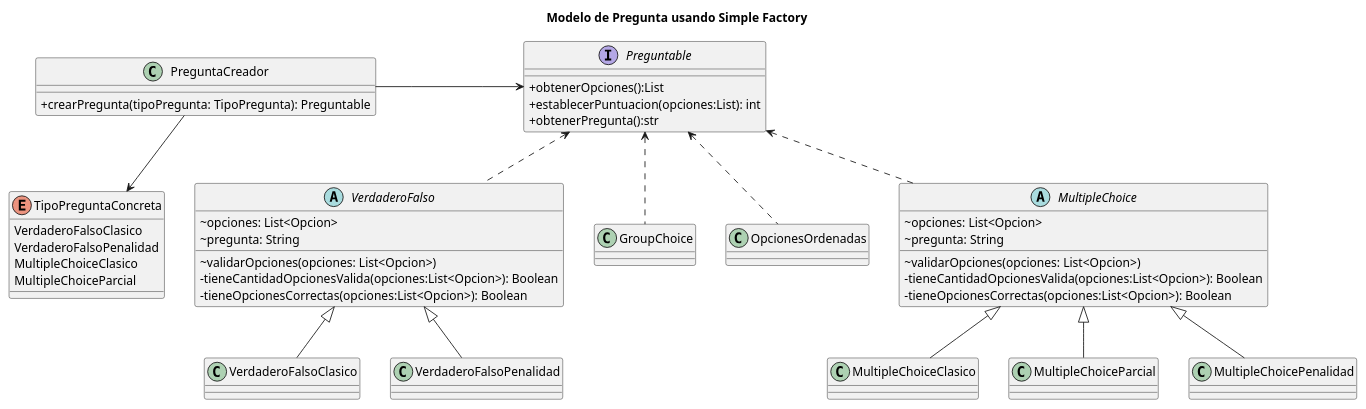
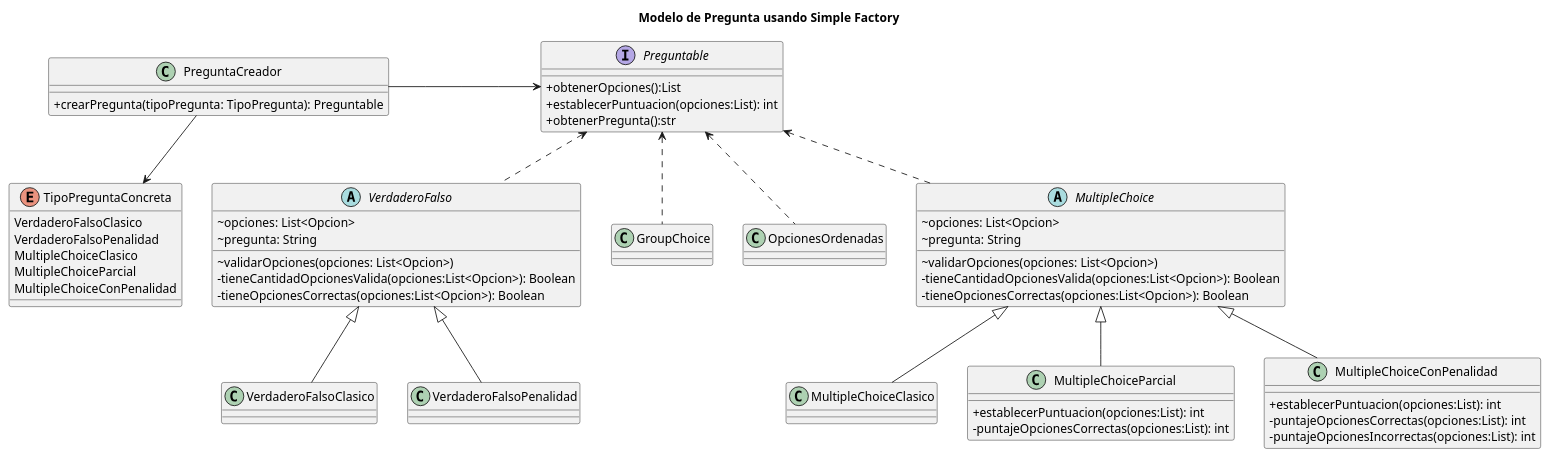
One commit to gylopezgiles/TP2 changed the diagram in doc/Diagramas/Diagramas_Clase/pregunta/pregunta.plantuml. Above: the diagram before and after it, drawn with PlantUML. The commit also changed other lines of this file, not shown here.

Commit message:
actualizo diagrama de clase

```diff
--- a/doc/Diagramas/Diagramas_Clase/pregunta/pregunta.plantuml
+++ b/doc/Diagramas/Diagramas_Clase/pregunta/pregunta.plantuml
@@ -2,85 +1,89 @@
 @startuml
 title Modelo de Pregunta usando Simple Factory
 skinparam classAttributeIconSize 0
 
 class PreguntaCreador{
     + crearPregunta(tipoPregunta: TipoPregunta): Preguntable
 }
 
 interface Preguntable{
     + obtenerOpciones():List
     + establecerPuntuacion(opciones:List): int
     + obtenerPregunta():str
 }
 
 enum TipoPreguntaConcreta{
     VerdaderoFalsoClasico
     VerdaderoFalsoPenalidad
     MultipleChoiceClasico
     MultipleChoiceParcial
+    MultipleChoiceConPenalidad
 }
 
 abstract class VerdaderoFalso{
     ~ opciones: List<Opcion>
     ~ pregunta: String
     ~ validarOpciones(opciones: List<Opcion>)
     - tieneCantidadOpcionesValida(opciones:List<Opcion>): Boolean
     - tieneOpcionesCorrectas(opciones:List<Opcion>): Boolean
 }
 
 ' sin penalidad
 class VerdaderoFalsoClasico{
 }
 
 class MultipleChoiceClasico{
 
 }
 
 class MultipleChoiceParcial{
-    
+    + establecerPuntuacion(opciones:List): int
+    - puntajeOpcionesCorrectas(opciones:List): int
 }
 
 ' con penalidad
 class VerdaderoFalsoPenalidad{
 }
 
-class MultipleChoicePenalidad{
+class MultipleChoiceConPenalidad{
+    + establecerPuntuacion(opciones:List): int
+    - puntajeOpcionesCorrectas(opciones:List): int
+    - puntajeOpcionesIncorrectas(opciones:List): int
 }
 
 
 ' Especiales
 class GroupChoice{
 }
 
 class OpcionesOrdenadas{
 }
 
 abstract class MultipleChoice{
     ~ opciones: List<Opcion>
     ~ pregunta: String
     ~ validarOpciones(opciones: List<Opcion>)
     - tieneCantidadOpcionesValida(opciones:List<Opcion>): Boolean
     - tieneOpcionesCorrectas(opciones:List<Opcion>): Boolean
 }
 
 
 PreguntaCreador -down->TipoPreguntaConcreta
 PreguntaCreador -> Preguntable
 
 Preguntable <.. VerdaderoFalso
 
 ' Preg_Penal
 VerdaderoFalso <|-- VerdaderoFalsoPenalidad
-MultipleChoice <|-- MultipleChoicePenalidad
+MultipleChoice <|-- MultipleChoiceConPenalidad
 
 
 ' Pregun_Sin_Penal
 VerdaderoFalso <|-- VerdaderoFalsoClasico
 Preguntable <.. MultipleChoice
 MultipleChoice <|-- MultipleChoiceParcial
 MultipleChoice <|-- MultipleChoiceClasico
 
 Preguntable <.. GroupChoice
 Preguntable <.. OpcionesOrdenadas
-
 @enduml
```
